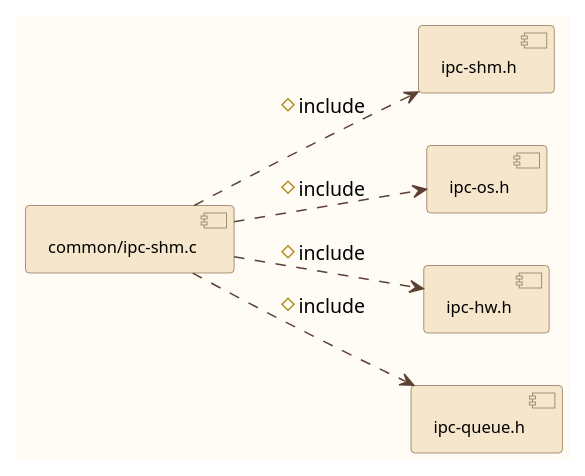
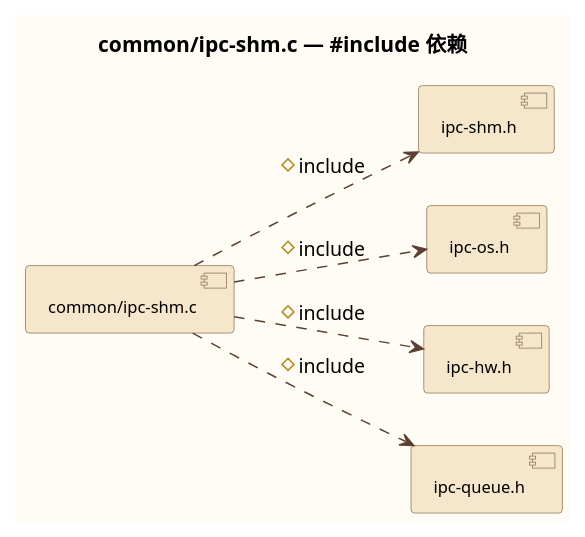
One commit to Mastang1/sad_sdd_proj changed the diagram in c1_sdd_linux-ipcs/cursor_tmp/files_32_umls/3_2_4.puml. Above: the diagram before and after it, drawn with PlantUML. The commit also changed 208 other files, not shown here.

```diff
--- a/c1_sdd_linux-ipcs/cursor_tmp/files_32_umls/3_2_4.puml
+++ b/c1_sdd_linux-ipcs/cursor_tmp/files_32_umls/3_2_4.puml
@@ -1,28 +1,28 @@
 @startuml
 skinparam backgroundColor #FFFCF5
 skinparam component {
   BackgroundColor #F5E6CC
   BorderColor #8B7355
   FontSize 11
 }
 skinparam package {
   BackgroundColor #FAF0E0
   BorderColor #A08060
 }
 skinparam arrowColor #5C4033
 skinparam note {
   BackgroundColor #FFF8E8
   BorderColor #B89968
 }
 left to right direction
-
+title common/ipc-shm.c — #include 依赖
 component [common/ipc-shm.c] as SRC
 component [ipc-shm.h] as H0
 component [ipc-os.h] as H1
 component [ipc-hw.h] as H2
 component [ipc-queue.h] as H3
 SRC ..> H0 : #include
 SRC ..> H1 : #include
 SRC ..> H2 : #include
 SRC ..> H3 : #include
 @enduml
```
